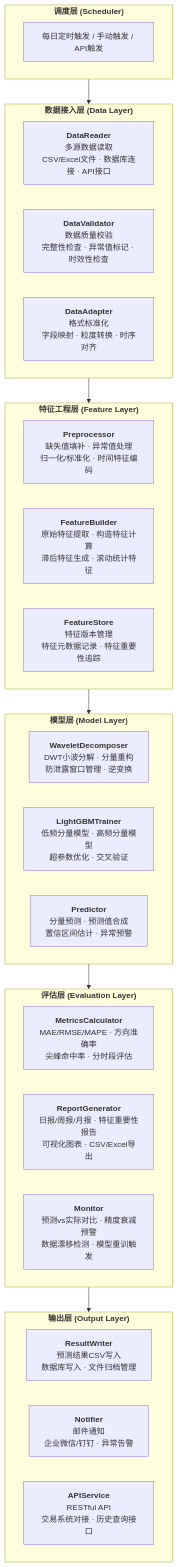
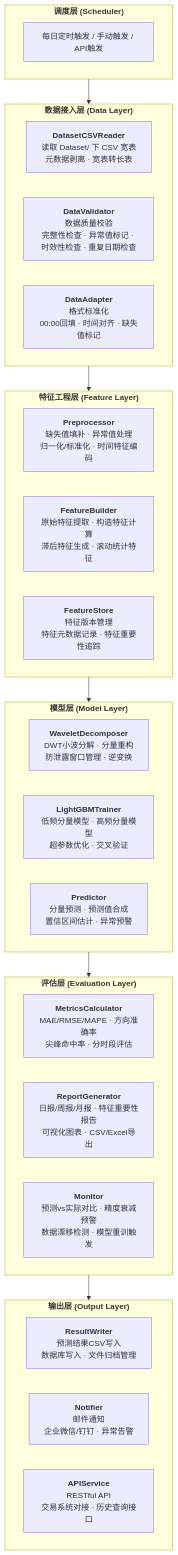
Before and after one commit to JackyZYz/electricity-price-prediction-lgbm: the first of 6 diagrams in 详细设计方案_用户侧日前出清电价预测.md, drawn with Mermaid. The commit also changed other lines of this file and 85 other files, not shown here.

````diff
--- a/详细设计方案_用户侧日前出清电价预测.md
+++ b/详细设计方案_用户侧日前出清电价预测.md
@@ -13,46 +14,46 @@
 ```mermaid
 flowchart TB
     subgraph scheduler["<b>调度层 (Scheduler)</b>"]
         trigger["每日定时触发 / 手动触发 / API触发"]
     end
 
     scheduler --> data_layer
 
     subgraph data_layer["<b>数据接入层 (Data Layer)</b>"]
-        dr["<b>DataReader</b><br/>多源数据读取<br/>CSV/Excel文件 · 数据库连接 · API接口"]
-        dv["<b>DataValidator</b><br/>数据质量校验<br/>完整性检查 · 异常值标记 · 时效性检查"]
-        da["<b>DataAdapter</b><br/>格式标准化<br/>字段映射 · 粒度转换 · 时序对齐"]
+        dr["<b>DatasetCSVReader</b><br/>读取 Dataset/ 下 CSV 宽表<br/>元数据剥离 · 宽表转长表"]
+        dv["<b>DataValidator</b><br/>数据质量校验<br/>完整性检查 · 异常值标记 · 时效性检查 · 重复日期检查"]
+        da["<b>DataAdapter</b><br/>格式标准化<br/>00:00回填 · 时间对齐 · 缺失值标记"]
     end
 
     data_layer --> feature_layer
 
     subgraph feature_layer["<b>特征工程层 (Feature Layer)</b>"]
         pp["<b>Preprocessor</b><br/>缺失值填补 · 异常值处理<br/>归一化/标准化 · 时间特征编码"]
         fb["<b>FeatureBuilder</b><br/>原始特征提取 · 构造特征计算<br/>滞后特征生成 · 滚动统计特征"]
         fs["<b>FeatureStore</b><br/>特征版本管理<br/>特征元数据记录 · 特征重要性追踪"]
     end
 
     feature_layer --> model_layer
 
     subgraph model_layer["<b>模型层 (Model Layer)</b>"]
         wd["<b>WaveletDecomposer</b><br/>DWT小波分解 · 分量重构<br/>防泄露窗口管理 · 逆变换"]
         lt["<b>LightGBMTrainer</b><br/>低频分量模型 · 高频分量模型<br/>超参数优化 · 交叉验证"]
         pr["<b>Predictor</b><br/>分量预测 · 预测值合成<br/>置信区间估计 · 异常预警"]
     end
 
     model_layer --> eval_layer
 
     subgraph eval_layer["<b>评估层 (Evaluation Layer)</b>"]
         mc["<b>MetricsCalculator</b><br/>MAE/RMSE/MAPE · 方向准确率<br/>尖峰命中率 · 分时段评估"]
         rg["<b>ReportGenerator</b><br/>日报/周报/月报 · 特征重要性报告<br/>可视化图表 · CSV/Excel导出"]
         mo["<b>Monitor</b><br/>预测vs实际对比 · 精度衰减预警<br/>数据漂移检测 · 模型重训触发"]
     end
 
     eval_layer --> output_layer
 
     subgraph output_layer["<b>输出层 (Output Layer)</b>"]
         rw["<b>ResultWriter</b><br/>预测结果CSV写入<br/>数据库写入 · 文件归档管理"]
         no["<b>Notifier</b><br/>邮件通知<br/>企业微信/钉钉 · 异常告警"]
         api["<b>APIService</b><br/>RESTful API<br/>交易系统对接 · 历史查询接口"]
     end
 ```
````
